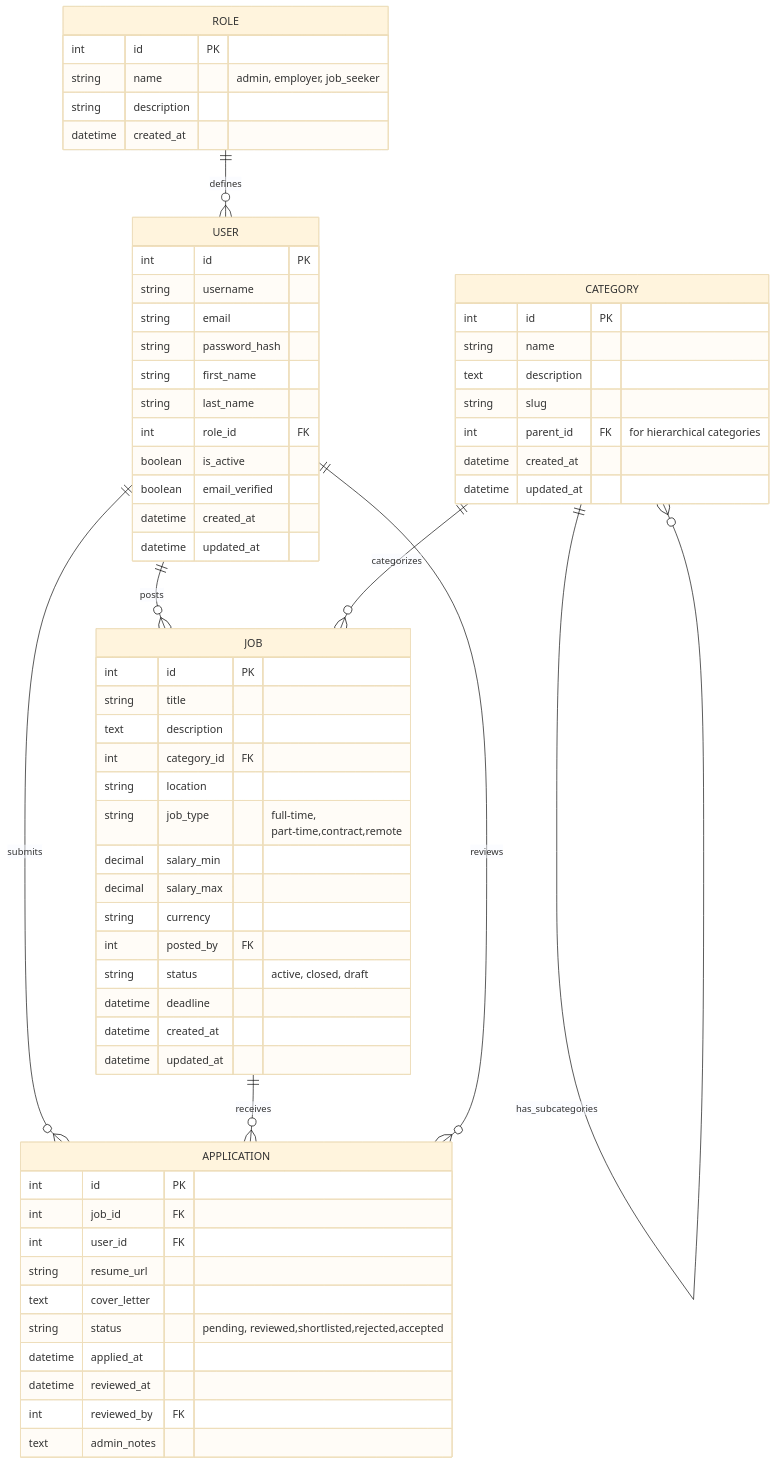
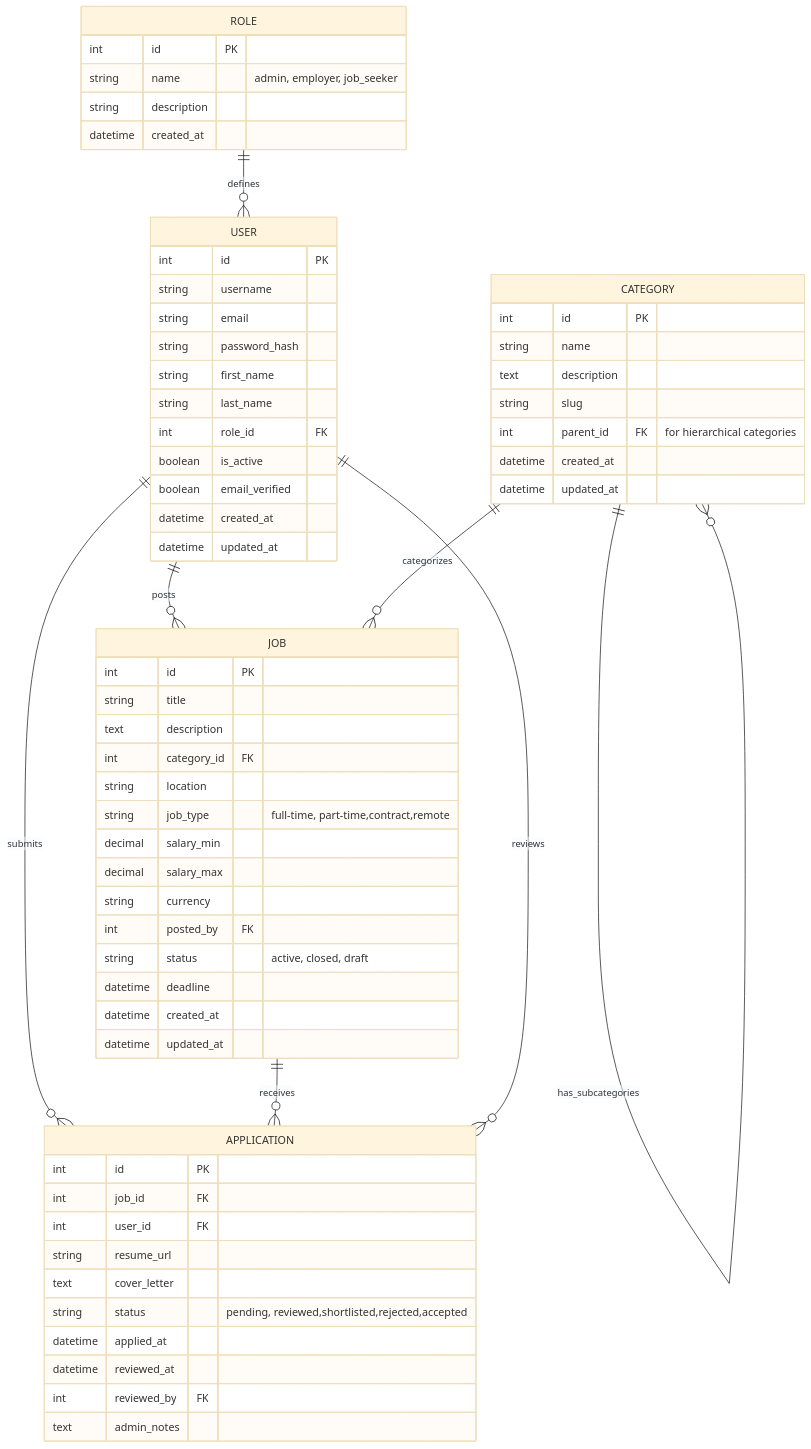
The diagram in README.md (Martin-Mawien/alx-project-nexus-), drawn with Mermaid (base theme) before and after one commit.

````diff
--- a/README.md
+++ b/README.md
@@ -126,72 +126,71 @@
 ```mermaid
 erDiagram
     USER {
         int id PK
         string username
         string email
         string password_hash
         string first_name
         string last_name
         int role_id FK
         boolean is_active
         boolean email_verified
         datetime created_at
         datetime updated_at
     }
     
     ROLE {
         int id PK
         string name "admin, employer, job_seeker"
         string description
         datetime created_at
     }
 
     JOB {
         int id PK
         string title
         text description
         int category_id FK
         string location
-        string job_type "full-time,
-        part-time,contract,remote"
+        string job_type "full-time, part-time,contract,remote"
         decimal salary_min
         decimal salary_max
         string currency
         int posted_by FK
         string status "active, closed, draft"
         datetime deadline
         datetime created_at
         datetime updated_at
     }
 
     CATEGORY {
         int id PK
         string name
         text description
         string slug
         int parent_id FK "for hierarchical categories"
         datetime created_at
         datetime updated_at
     }
 
     APPLICATION {
         int id PK
         int job_id FK
         int user_id FK
         string resume_url
         text cover_letter
         string status "pending, reviewed,shortlisted,rejected,accepted"
         datetime applied_at
         datetime reviewed_at
         int reviewed_by FK
         text admin_notes
     }
     
     USER ||--o{ APPLICATION : "submits"
     USER ||--o{ JOB : "posts"
     JOB ||--o{ APPLICATION : "receives"
     CATEGORY ||--o{ JOB : "categorizes"
     CATEGORY ||--o{ CATEGORY : "has_subcategories"
     ROLE ||--o{ USER : "defines"
     USER ||--o{ APPLICATION : "reviews"
 ```
````
